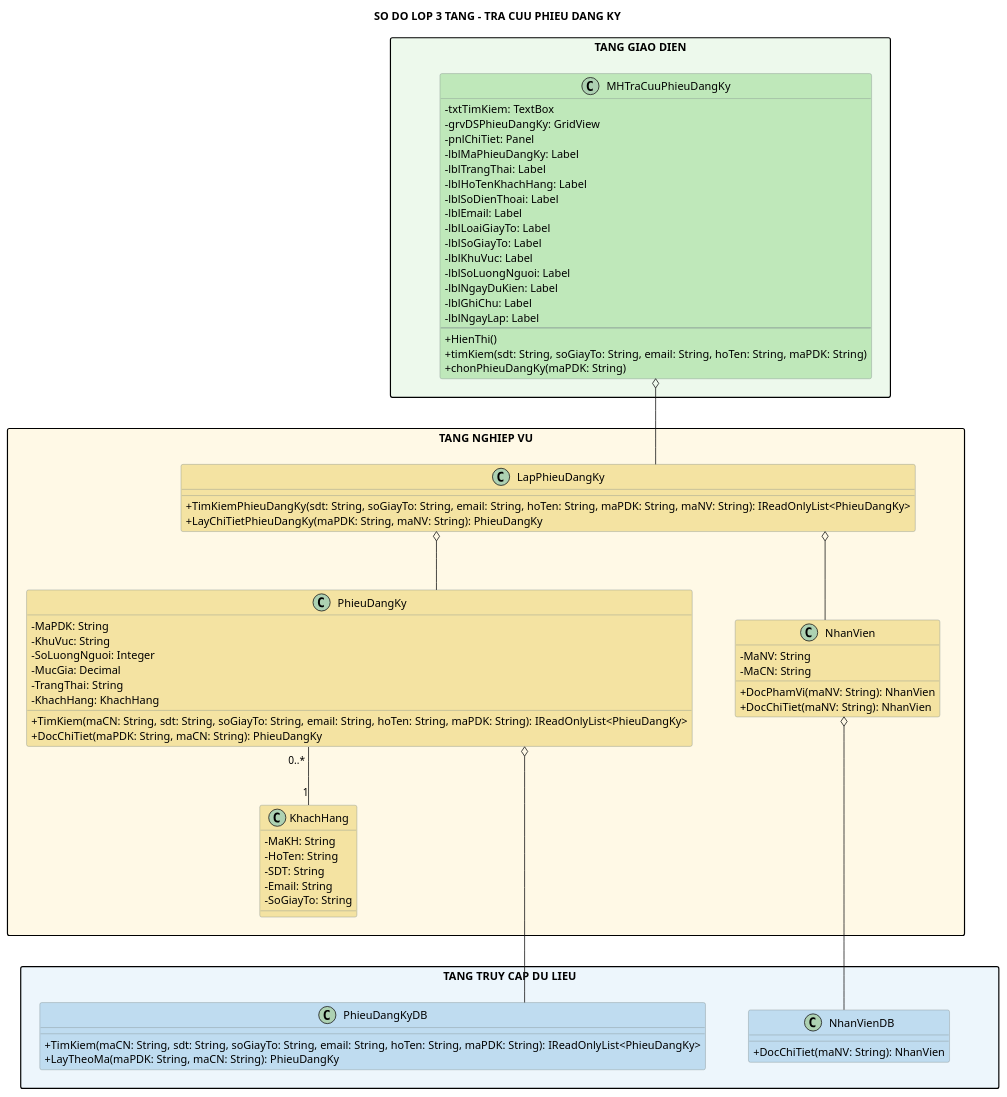
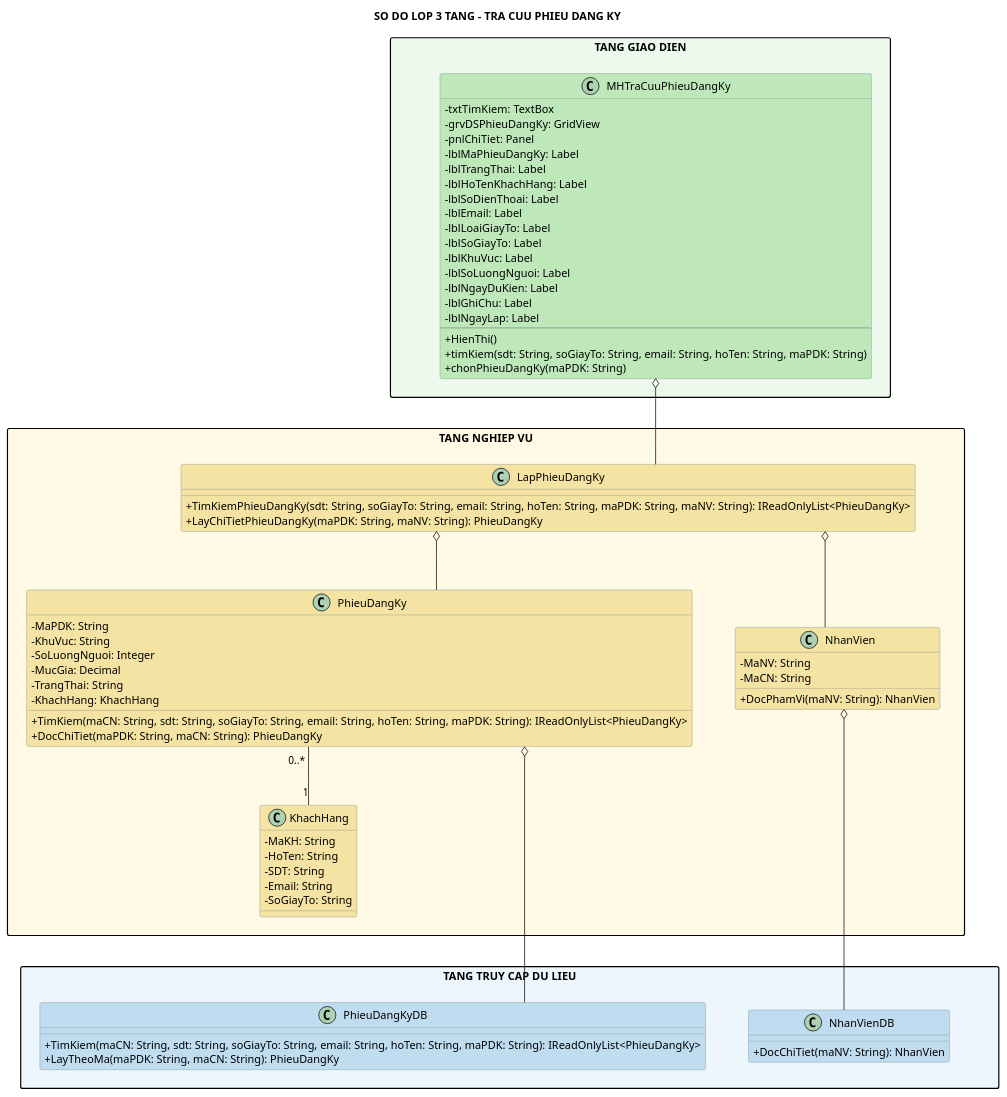
One commit to Ming1309/HomeStay-Dorm changed the diagram in docs/uml/tra-cuu-phieu-dang-ky-class.puml. Above: the diagram before and after it, drawn with PlantUML. The commit also changed 32 other files, not shown here.

Commit message:
docs(uml): add dashboard diagrams and refine consistency check rules

```diff
--- a/docs/uml/tra-cuu-phieu-dang-ky-class.puml
+++ b/docs/uml/tra-cuu-phieu-dang-ky-class.puml
@@ -1,88 +1,87 @@
 @startuml
 title SO DO LOP 3 TANG - TRA CUU PHIEU DANG KY
 
 top to bottom direction
 skinparam shadowing false
 skinparam linetype ortho
 skinparam nodesep 55
 skinparam ranksep 75
 skinparam packageStyle rectangle
 skinparam classAttributeIconSize 0
 skinparam classBorderColor #7F8C8D
 
 package "TANG GIAO DIEN" as GUI_LAYER #EDF9EC {
   class MHTraCuuPhieuDangKy #BFE8BA {
     - txtTimKiem: TextBox
     - grvDSPhieuDangKy: GridView
     - pnlChiTiet: Panel
     - lblMaPhieuDangKy: Label
     - lblTrangThai: Label
     - lblHoTenKhachHang: Label
     - lblSoDienThoai: Label
     - lblEmail: Label
     - lblLoaiGiayTo: Label
     - lblSoGiayTo: Label
     - lblKhuVuc: Label
     - lblSoLuongNguoi: Label
     - lblNgayDuKien: Label
     - lblGhiChu: Label
     - lblNgayLap: Label
     --
     + HienThi()
     + timKiem(sdt: String, soGiayTo: String, email: String, hoTen: String, maPDK: String)
     + chonPhieuDangKy(maPDK: String)
   }
 }
 
 package "TANG NGHIEP VU" as BUS_LAYER #FFF9E6 {
   class LapPhieuDangKy #F4E3A2 {
     + TimKiemPhieuDangKy(sdt: String, soGiayTo: String, email: String, hoTen: String, maPDK: String, maNV: String): IReadOnlyList<PhieuDangKy>
     + LayChiTietPhieuDangKy(maPDK: String, maNV: String): PhieuDangKy
   }
   class NhanVien #F4E3A2 {
     - MaNV: String
     - MaCN: String
     + DocPhamVi(maNV: String): NhanVien
-    + DocChiTiet(maNV: String): NhanVien
   }
   class PhieuDangKy #F4E3A2 {
     - MaPDK: String
     - KhuVuc: String
     - SoLuongNguoi: Integer
     - MucGia: Decimal
     - TrangThai: String
     - KhachHang: KhachHang
     + TimKiem(maCN: String, sdt: String, soGiayTo: String, email: String, hoTen: String, maPDK: String): IReadOnlyList<PhieuDangKy>
     + DocChiTiet(maPDK: String, maCN: String): PhieuDangKy
   }
   class KhachHang #F4E3A2 {
     - MaKH: String
     - HoTen: String
     - SDT: String
     - Email: String
     - SoGiayTo: String
   }
 }
 
 package "TANG TRUY CAP DU LIEU" as DAL_LAYER #EDF6FC {
   class NhanVienDB #BFDCF0 {
     + DocChiTiet(maNV: String): NhanVien
   }
   class PhieuDangKyDB #BFDCF0 {
     + TimKiem(maCN: String, sdt: String, soGiayTo: String, email: String, hoTen: String, maPDK: String): IReadOnlyList<PhieuDangKy>
     + LayTheoMa(maPDK: String, maCN: String): PhieuDangKy
   }
   NhanVienDB -[hidden]right- PhieuDangKyDB
 }
 
 GUI_LAYER -[hidden]down- BUS_LAYER
 BUS_LAYER -[hidden]down- DAL_LAYER
 KhachHang -[hidden]down- PhieuDangKyDB
 
 MHTraCuuPhieuDangKy o-down- LapPhieuDangKy
 LapPhieuDangKy o-- NhanVien
 LapPhieuDangKy o-- PhieuDangKy
 NhanVien o-down- NhanVienDB
 PhieuDangKy o-down- PhieuDangKyDB
 PhieuDangKy "0..*" -- "1" KhachHang
 @enduml
```
